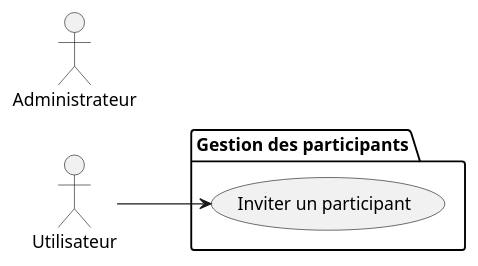
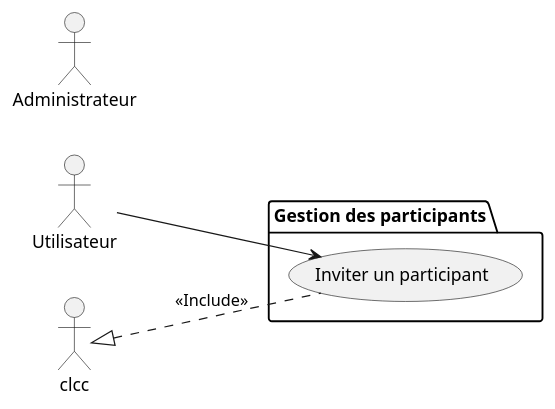
Before and after one commit to lmtb06/sharecount: the diagram in diagrammes/specification/cas-utilisation/package-gestiondesparticipants.puml, drawn with PlantUML. The commit also changed 11 other files, not shown here.

Commit message:
Modification des diagrammes de séquence

```diff
--- a/diagrammes/specification/cas-utilisation/package-gestiondesparticipants.puml
+++ b/diagrammes/specification/cas-utilisation/package-gestiondesparticipants.puml
@@ -1,14 +1,16 @@
 @startuml Cas utilisation - Gestion des participants
 left to right direction
 
 actor "Utilisateur" as User
 
 actor "Administrateur" as Admin
 
 package "Gestion des participants"{
 	usecase "Inviter un participant" as iup
 }
 
 User --> iup
 
+clcc <|.. iup : <<Include>>
+
 @enduml
```
